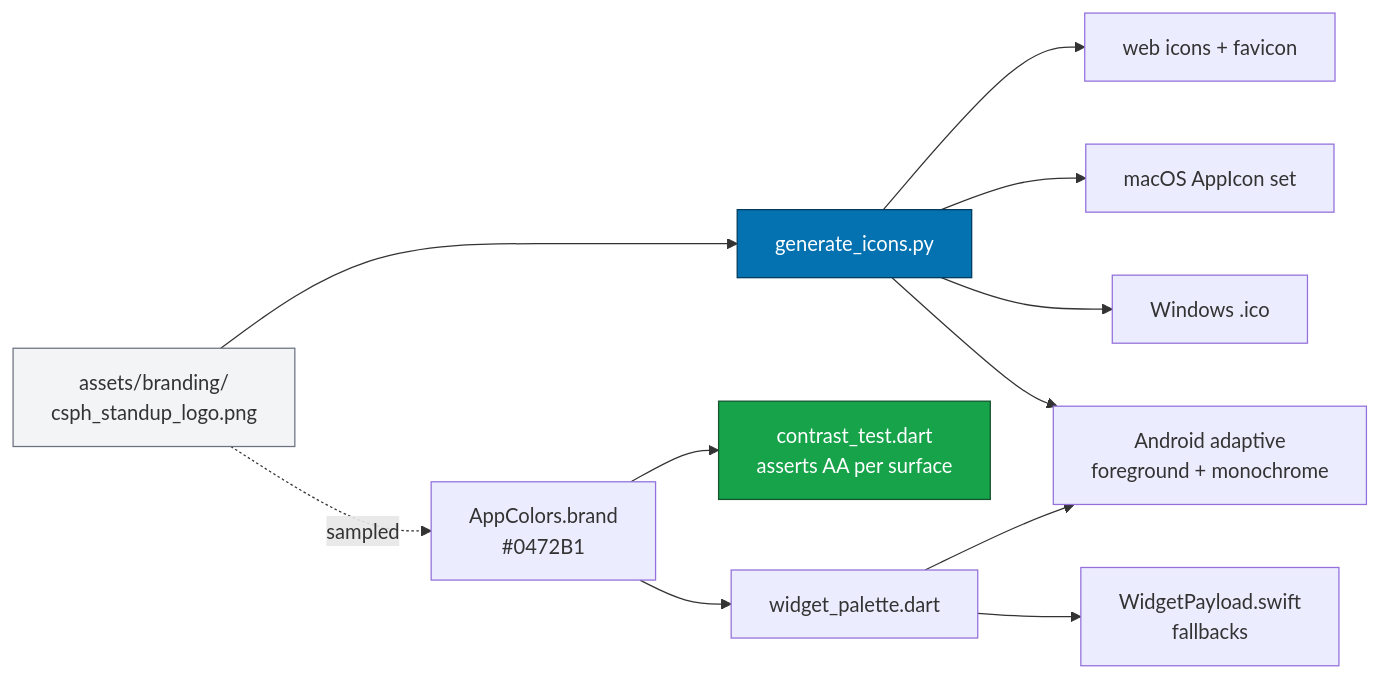
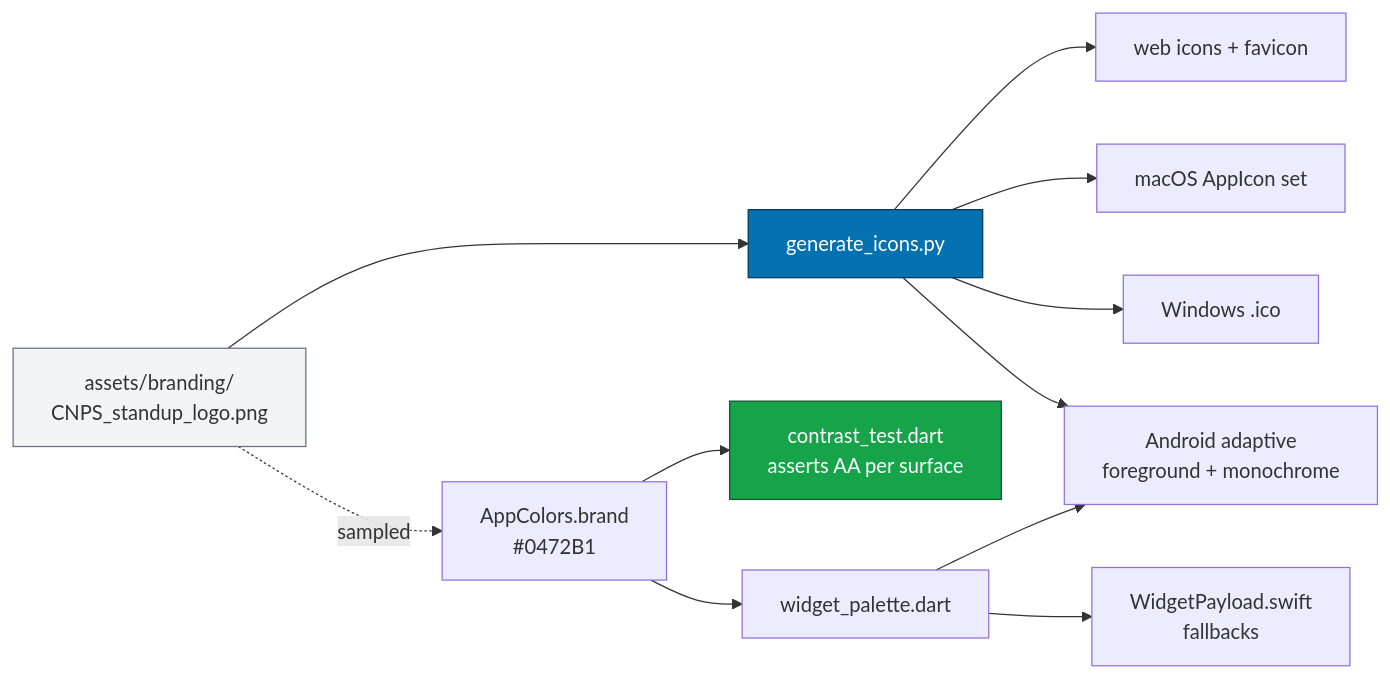
The third of 3 diagrams in README.md (menoc61/standup), drawn with Mermaid before and after one commit. The commit also changed other lines of this file and 35 other files, not shown here.

````diff
--- a/README.md
+++ b/README.md
@@ -425,18 +425,18 @@
 ```mermaid
 flowchart LR
-    LOGO["assets/branding/<br/>csph_standup_logo.png"] --> GEN["generate_icons.py"]
+    LOGO["assets/branding/<br/>CNPS_standup_logo.png"] --> GEN["generate_icons.py"]
     GEN --> WEB["web icons + favicon"]
     GEN --> MAC["macOS AppIcon set"]
     GEN --> WIN["Windows .ico"]
     GEN --> AND["Android adaptive<br/>foreground + monochrome"]
 
     LOGO -.->|"sampled"| TOKENS["AppColors.brand<br/>#0472B1"]
     TOKENS --> TEST["contrast_test.dart<br/>asserts AA per surface"]
     TOKENS --> PAL["widget_palette.dart"]
     PAL --> AND
     PAL --> IOS["WidgetPayload.swift<br/>fallbacks"]
 
     style LOGO fill:#f3f4f6,stroke:#6b7280
     style GEN fill:#0472B1,color:#fff,stroke:#023b5c
     style TEST fill:#16a34a,color:#fff,stroke:#14532d
 ```
````
